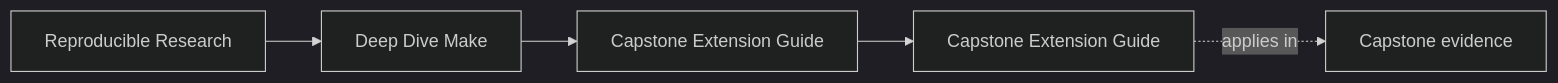
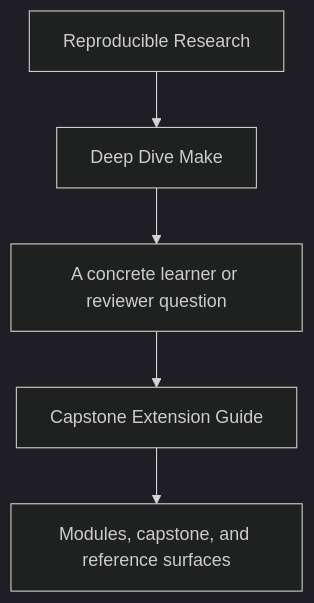
One commit to bijux/bijux-masterclass changed the first of 2 diagrams in programs/reproducible-research/deep-dive-make/course-book/guides/capstone-extension-guide.md. Above: the diagram before and after it, drawn with Mermaid (dark theme). The commit also changed other lines of this file and 29 other files, not shown here.

Commit message:
docs(deep-dive-make): sharpen guide and reference diagrams

````diff
--- a/programs/reproducible-research/deep-dive-make/course-book/guides/capstone-extension-guide.md
+++ b/programs/reproducible-research/deep-dive-make/course-book/guides/capstone-extension-guide.md
@@ -9,11 +9,7 @@
 ```mermaid
-graph LR
-  family["Reproducible Research"]
-  program["Deep Dive Make"]
-  section["Capstone Extension Guide"]
-  page["Capstone Extension Guide"]
-  capstone["Capstone evidence"]
-
-  family --> program --> section --> page
-  page -.applies in.-> capstone
+flowchart TD
+  family["Reproducible Research"] --> program["Deep Dive Make"]
+  program --> pressure["A concrete learner or reviewer question"]
+  pressure --> guide["Capstone Extension Guide"]
+  guide --> next["Modules, capstone, and reference surfaces"]
 ```
````
